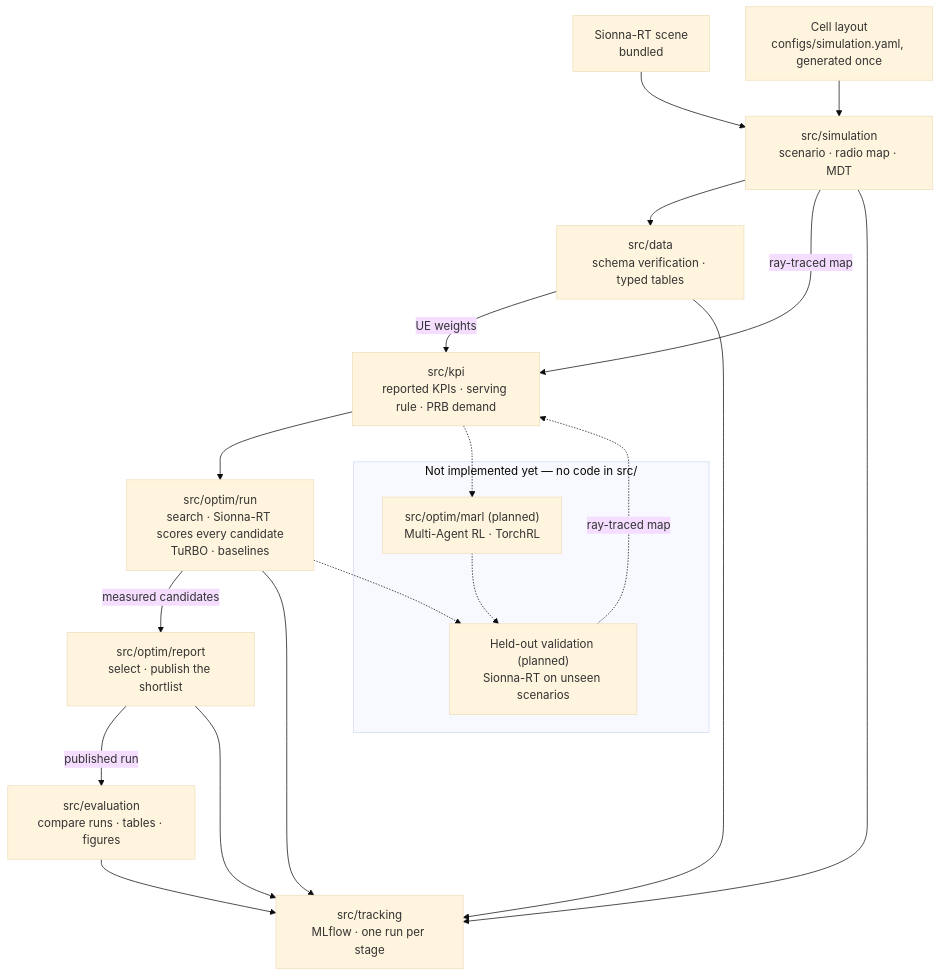
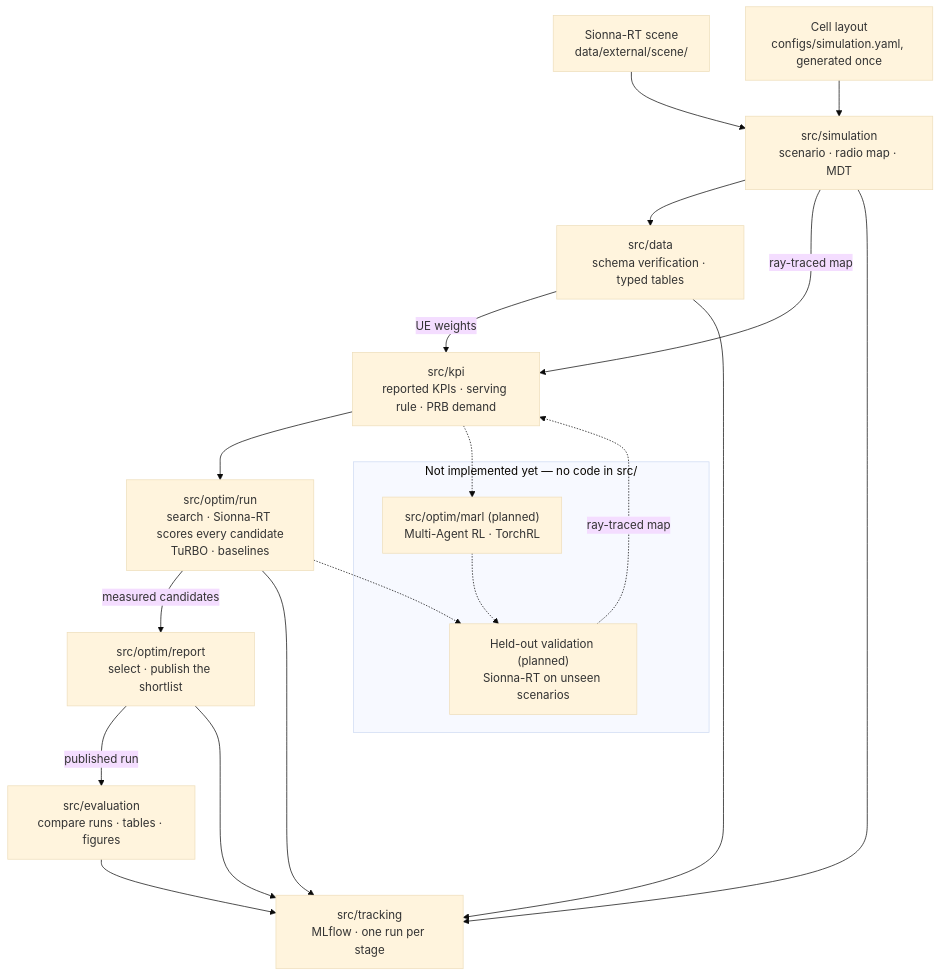
One commit to NguyenVu04/band-tilt changed the diagram in README.md. Above: the diagram before and after it, drawn with Mermaid (base theme). The commit also changed other lines of this file and 29 other files, not shown here.

````diff
--- a/README.md
+++ b/README.md
@@ -98,32 +98,32 @@
 ```mermaid
 flowchart TB
-    scene["Sionna-RT scene<br/>bundled"]
+    scene["Sionna-RT scene<br/>data/external/scene/"]
     cells["Cell layout<br/>configs/simulation.yaml, generated once"]
 
     sim["src/simulation<br/>scenario · radio map · MDT"]
     prep["src/data<br/>schema verification · typed tables"]
     kpi["src/kpi<br/>reported KPIs · serving rule · PRB demand"]
     opt["src/optim/run<br/>search · Sionna-RT scores every candidate<br/>TuRBO · baselines"]
     ver["src/optim/report<br/>select · publish the shortlist"]
     rep["src/evaluation<br/>compare runs · tables · figures"]
     mlf["src/tracking<br/>MLflow · one run per stage"]
 
     subgraph future["Not implemented yet — no code in src/"]
         marl["src/optim/marl (planned)<br/>Multi-Agent RL · TorchRL"]
         val["Held-out validation (planned)<br/>Sionna-RT on unseen scenarios"]
     end
 
     scene --> sim
     cells --> sim
     sim --> prep
     sim -->|ray-traced map| kpi
     prep -->|UE weights| kpi
     kpi --> opt
     opt -->|measured candidates| ver
     ver -->|published run| rep
     sim & prep & opt & ver & rep --> mlf
     kpi -.-> marl
     opt -.-> val
     marl -.-> val
     val -.->|ray-traced map| kpi
 ```
````
